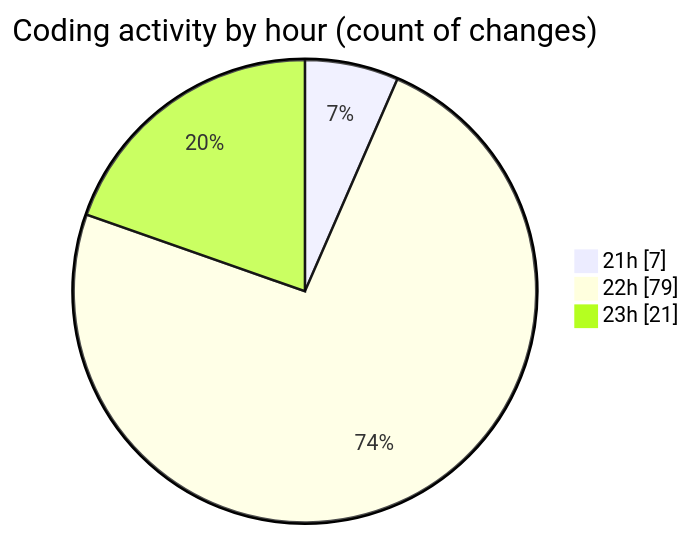
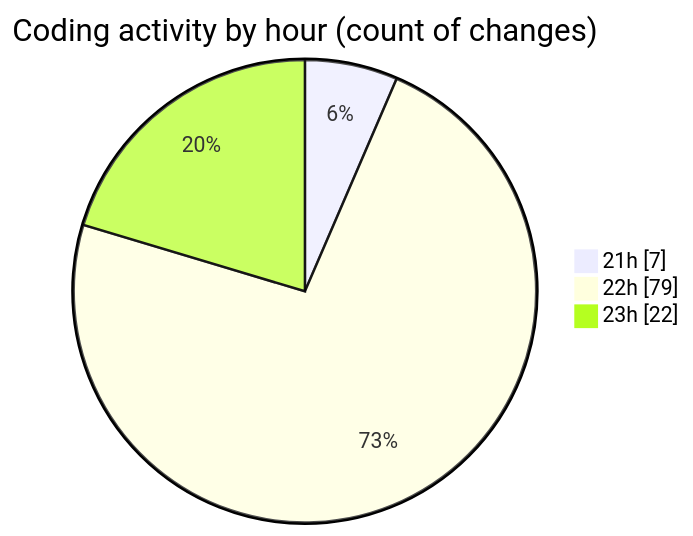
Before and after one commit to EIIisD/code-tracking: the second of 2 diagrams in 2025-08-26/mcp-web/README.md, drawn with Mermaid. The commit also changed other lines of this file and 1 other file, not shown here.

````diff
--- a/2025-08-26/mcp-web/README.md
+++ b/2025-08-26/mcp-web/README.md
@@ -37,7 +37,7 @@
 ```mermaid
 pie showData
 title Coding activity by hour (count of changes)
 "21h" : 7
 "22h" : 79
-"23h" : 21
+"23h" : 22
 ```
````
